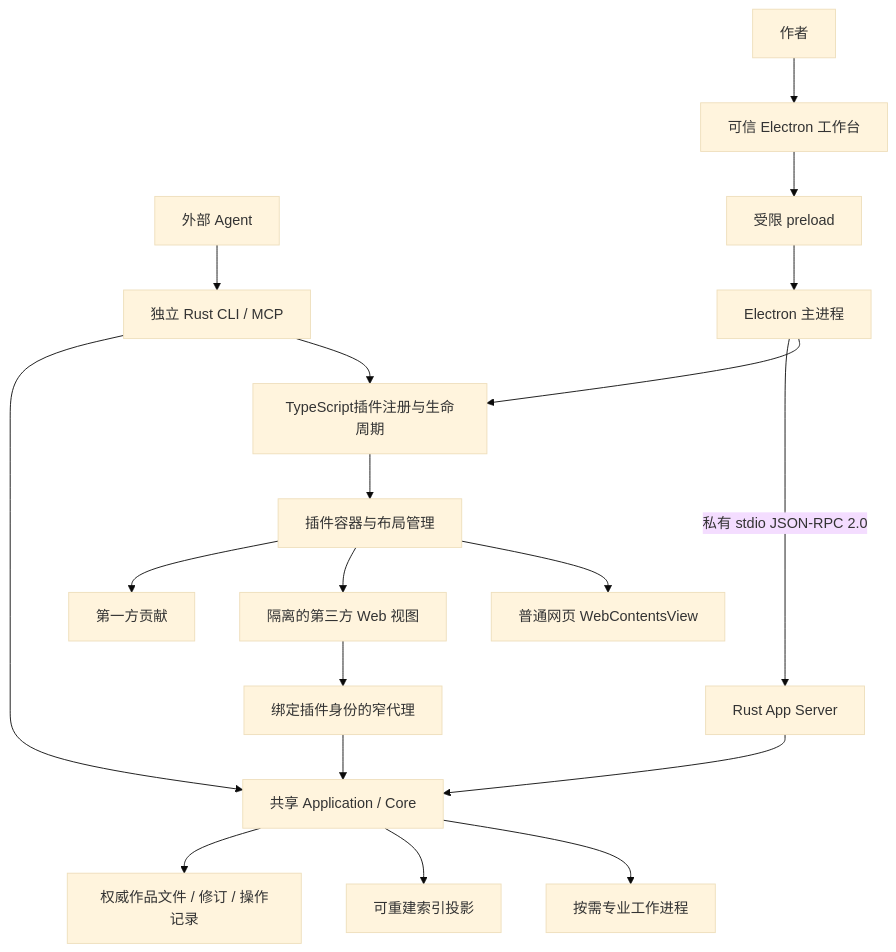
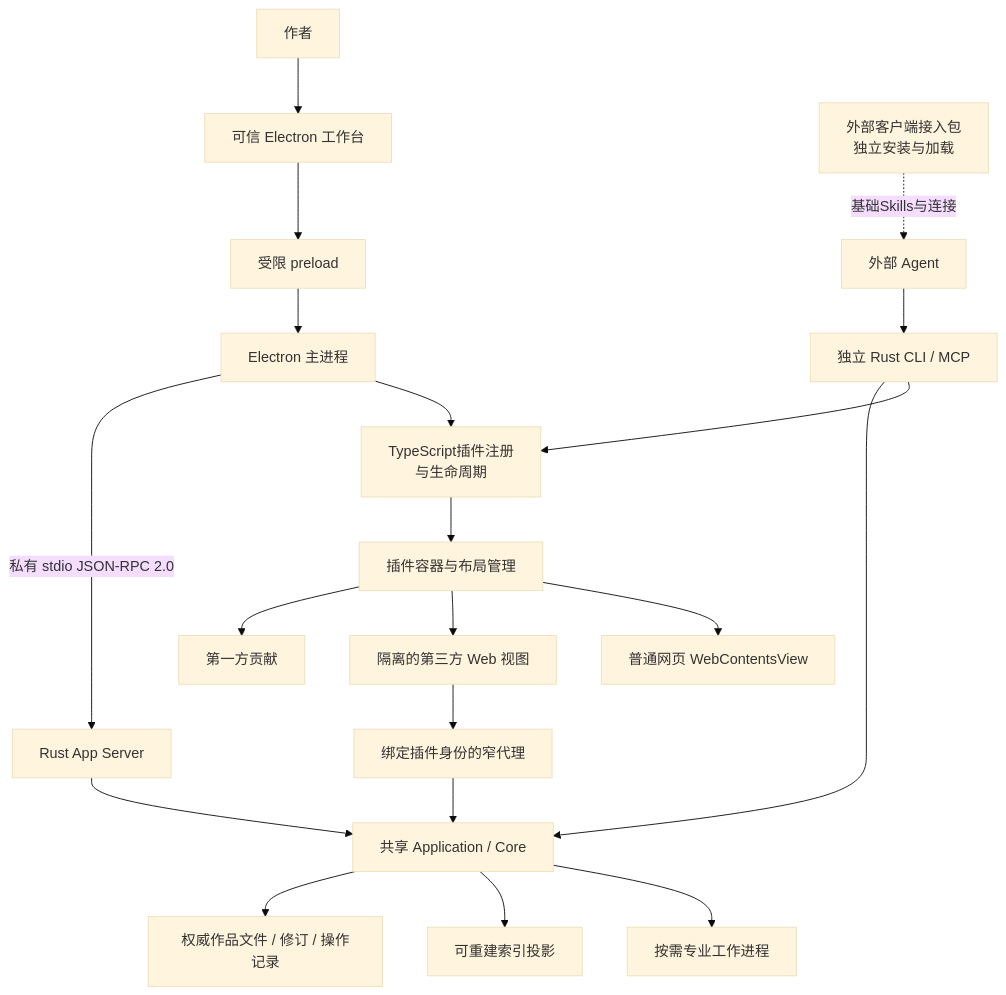
Before and after one commit to limecloud/hetu: the first of 3 diagrams in docs/39-Electron与插件优先重构架构.md, drawn with Mermaid (base theme). The commit also changed other lines of this file and 284 other files, not shown here.

````diff
--- a/docs/39-Electron与插件优先重构架构.md
+++ b/docs/39-Electron与插件优先重构架构.md
@@ -35,21 +35,22 @@
 ```mermaid
 flowchart TB
     Human[作者] --> Shell[可信 Electron 工作台]
+    Adapter[外部客户端接入包<br/>独立安装与加载] -. 基础Skills与连接 .-> Agent
     Agent[外部 Agent] --> Machine[独立 Rust CLI / MCP]
     Shell --> Preload[受限 preload]
     Preload --> Main[Electron 主进程]
     Main -->|私有 stdio JSON-RPC 2.0| Server[Rust App Server]
     Server --> Core[共享 Application / Core]
     Machine --> Core
-    Main --> TS[TypeScript插件注册与生命周期]
+    Main --> TS[TypeScript插件注册<br/>与生命周期]
     TS --> Views[插件容器与布局管理]
     Machine --> TS
     Views --> First[第一方贡献]
     Views --> Third[隔离的第三方 Web 视图]
     Views --> Browser[普通网页 WebContentsView]
     Third --> Scoped[绑定插件身份的窄代理]
     Scoped --> Core
     Core --> Files[权威作品文件 / 修订 / 操作记录]
     Core --> Index[可重建索引投影]
     Core --> Workers[按需专业工作进程]
 ```
````
